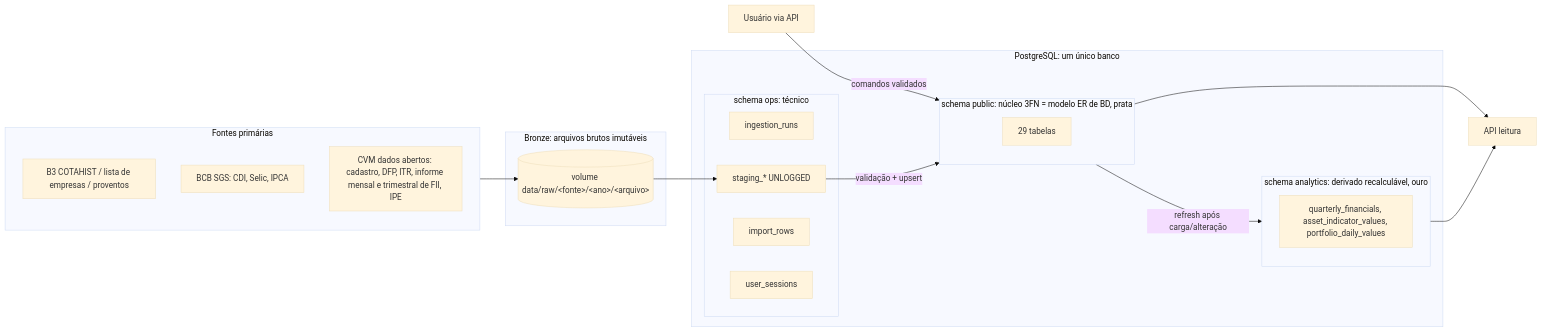
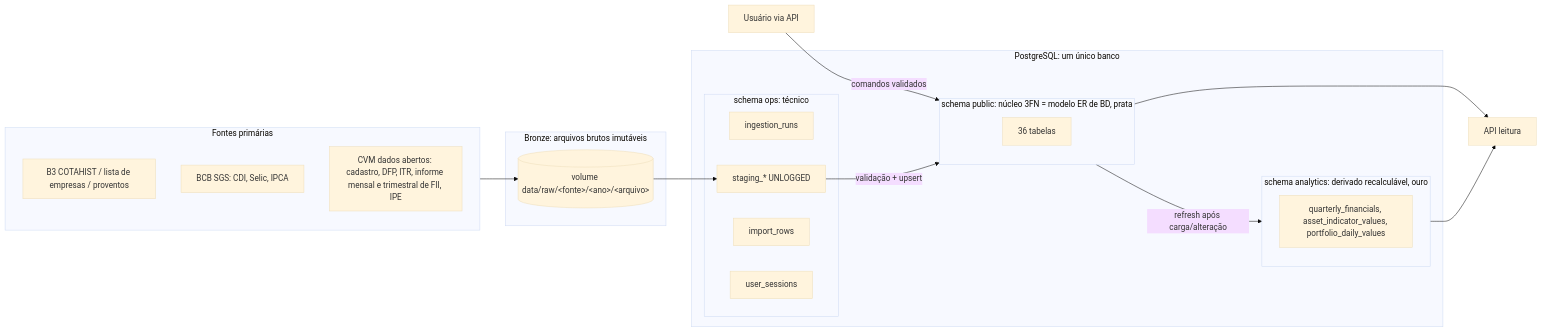
One commit to feritaliano/projEngSoft changed the first of 4 diagrams in claude/arquitetura.md. Above: the diagram before and after it, drawn with Mermaid (base theme). The commit also changed other lines of this file and 27 other files, not shown here.

Commit message:
feat(db): model full product ER (D3, D50)

````diff
--- a/claude/arquitetura.md
+++ b/claude/arquitetura.md
@@ -38,30 +38,30 @@
 ```mermaid
 flowchart LR
   subgraph EXT[Fontes primárias]
     B3[B3 COTAHIST / lista de empresas / proventos]
     BCB[BCB SGS: CDI, Selic, IPCA]
     CVM[CVM dados abertos: cadastro, DFP, ITR, informe mensal e trimestral de FII, IPE]
   end
   subgraph BRONZE[Bronze: arquivos brutos imutáveis]
     RAW[(volume data/raw/&lt;fonte&gt;/&lt;ano&gt;/&lt;arquivo&gt;)]
   end
   subgraph PG[PostgreSQL: um único banco]
     subgraph OPS[schema ops: técnico]
       RUNS[ingestion_runs]
       STG[staging_* UNLOGGED]
       IMP[import_rows]
       SES[user_sessions]
     end
     subgraph PUB[schema public: núcleo 3FN = modelo ER de BD, prata]
-      CORE[29 tabelas]
+      CORE[36 tabelas]
     end
     subgraph ANA[schema analytics: derivado recalculável, ouro]
       GOLD[quarterly_financials, asset_indicator_values, portfolio_daily_values]
     end
   end
   USER[Usuário via API] -->|comandos validados| PUB
   EXT --> RAW --> STG -->|validação + upsert| PUB
   PUB -->|refresh após carga/alteração| ANA
   PUB --> API[API leitura]
   ANA --> API
 ```
````
